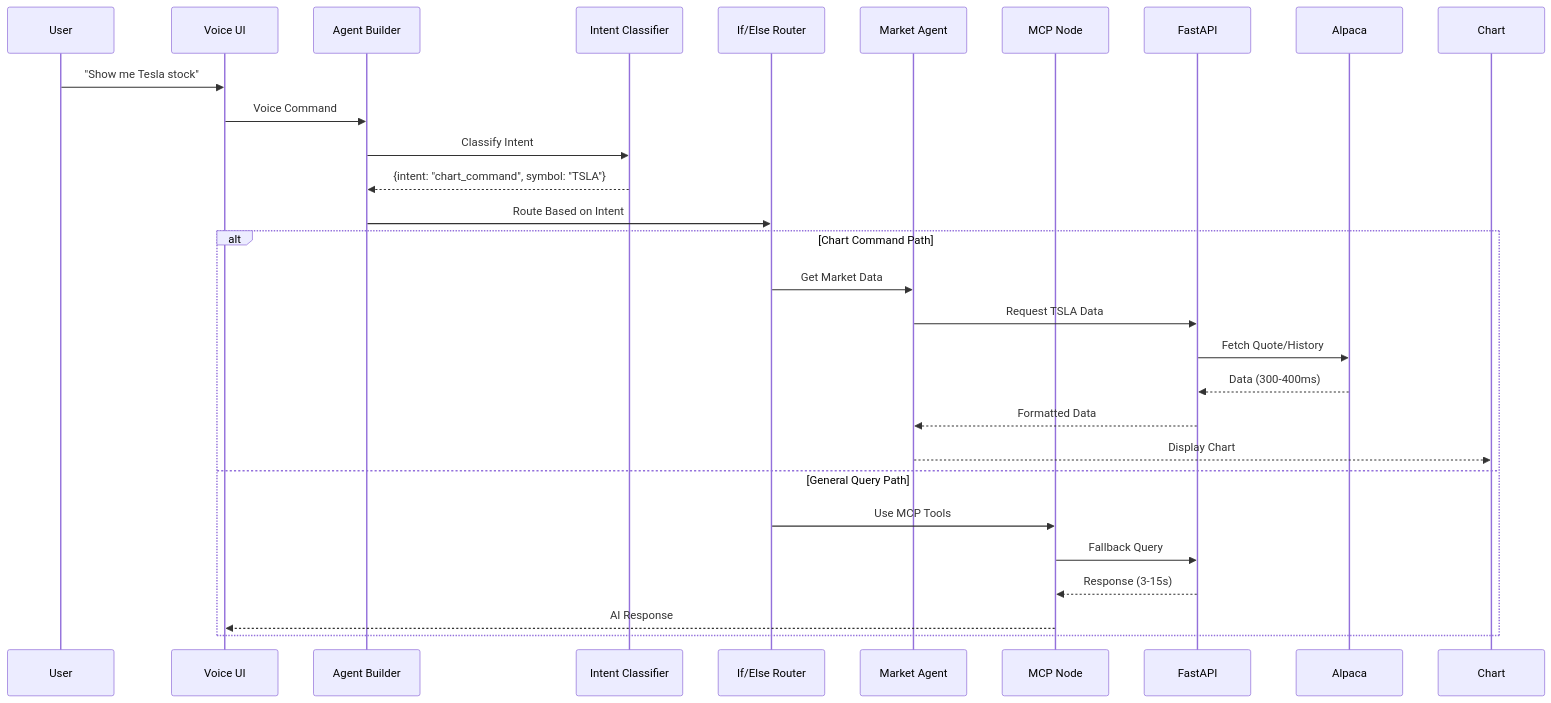
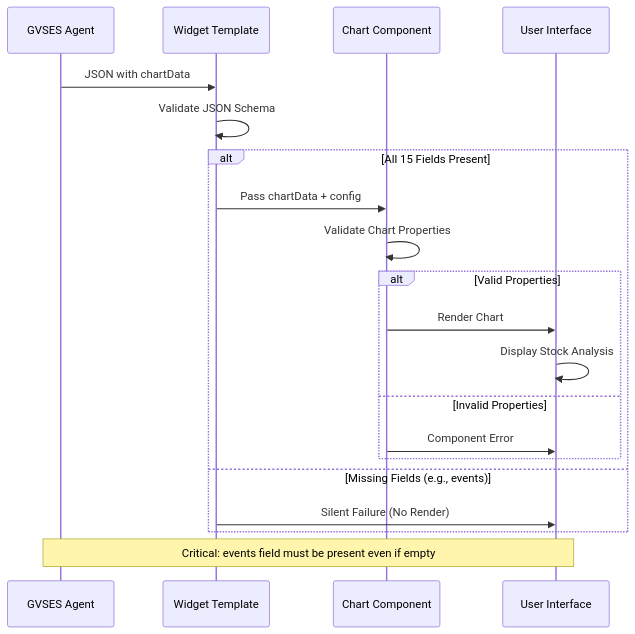
Before and after one commit to ChipsMetaverse/gvses-market-insights: the fourth of 11 diagrams in mermaid.md, drawn with Mermaid. The commit also changed other lines of this file and 3 other files, not shown here.

````diff
--- a/mermaid.md
+++ b/mermaid.md
@@ -220,34 +117,26 @@
 ```mermaid
 sequenceDiagram
-    participant User
-    participant Voice as Voice UI
-    participant Agent as Agent Builder
-    participant Intent as Intent Classifier
-    participant Router as If/Else Router
-    participant Market as Market Agent
-    participant MCP as MCP Node
-    participant API as FastAPI
-    participant Alpaca
-    participant Chart
+    participant Agent as GVSES Agent
+    participant Widget as Widget Template
+    participant Chart as Chart Component
+    participant UI as User Interface
 
-    User->>Voice: "Show me Tesla stock"
-    Voice->>Agent: Voice Command
-    Agent->>Intent: Classify Intent
-    Intent-->>Agent: {intent: "chart_command", symbol: "TSLA"}
-    
-    Agent->>Router: Route Based on Intent
-    
-    alt Chart Command Path
-        Router->>Market: Get Market Data
-        Market->>API: Request TSLA Data
-        API->>Alpaca: Fetch Quote/History
-        Alpaca-->>API: Data (300-400ms)
-        API-->>Market: Formatted Data
-        Market-->>Chart: Display Chart
-    else General Query Path
-        Router->>MCP: Use MCP Tools
-        MCP->>API: Fallback Query
-        API-->>MCP: Response (3-15s)
-        MCP-->>Voice: AI Response
+    Agent->>Widget: JSON with chartData
+    Widget->>Widget: Validate JSON Schema
+
+    alt All 15 Fields Present
+        Widget->>Chart: Pass chartData + config
+        Chart->>Chart: Validate Chart Properties
+
+        alt Valid Properties
+            Chart->>UI: Render Chart
+            UI->>UI: Display Stock Analysis
+        else Invalid Properties
+            Chart->>UI: Component Error
+        end
+    else Missing Fields (e.g., events)
+        Widget->>UI: Silent Failure (No Render)
     end
+
+    Note over Agent,UI: Critical: events field must be present even if empty
 ```
````
